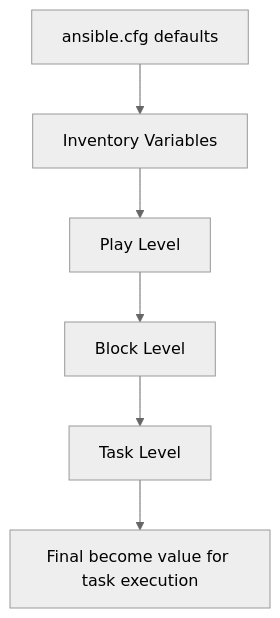
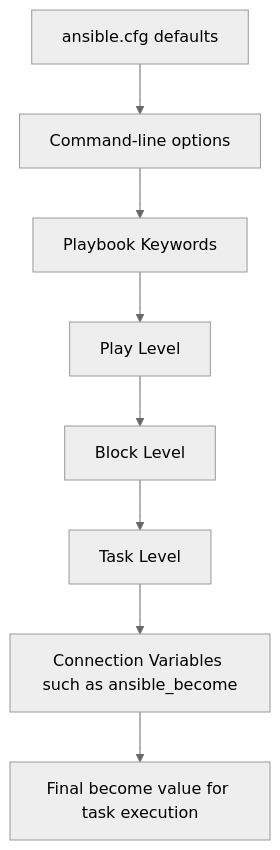
One commit to OneUptime/blog changed the diagram in posts/2026-02-21-how-to-use-ansible-become-at-task-level-vs-play-level/README.md. Above: the diagram before and after it, drawn with Mermaid (neutral theme). The commit also changed other lines of this file and 2 other files, not shown here.

Commit message:
validate: 2026-02-21-how-to-use-ansible-become-at-task-level-vs-play-level

````diff
--- a/posts/2026-02-21-how-to-use-ansible-become-at-task-level-vs-play-level/README.md
+++ b/posts/2026-02-21-how-to-use-ansible-become-at-task-level-vs-play-level/README.md
@@ -19,8 +19,10 @@
 ```mermaid
 graph TD
-    A[ansible.cfg defaults] --> B[Inventory Variables]
-    B --> C[Play Level]
-    C --> D[Block Level]
-    D --> E[Task Level]
-    E --> F[Final become value for task execution]
+    A[ansible.cfg defaults] --> B[Command-line options]
+    B --> C[Playbook Keywords]
+    C --> D[Play Level]
+    D --> E[Block Level]
+    E --> F[Task Level]
+    F --> G[Connection Variables such as ansible_become]
+    G --> H[Final become value for task execution]
 ```
````
